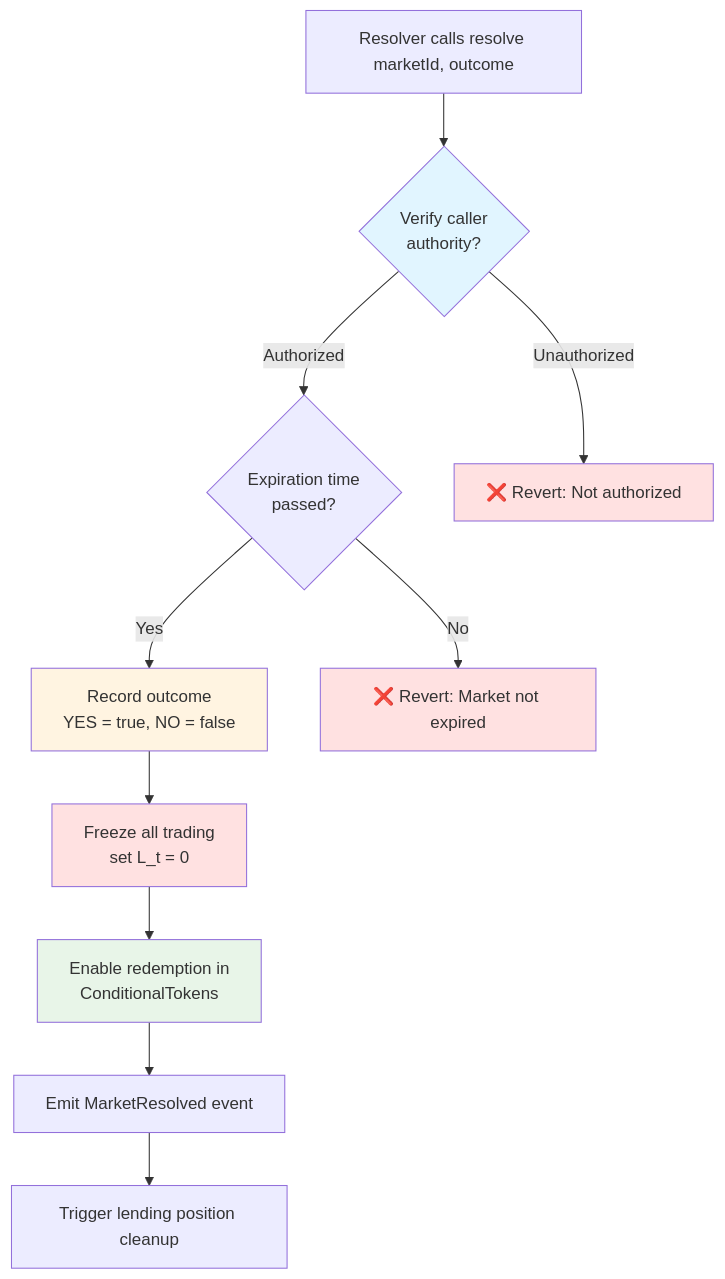
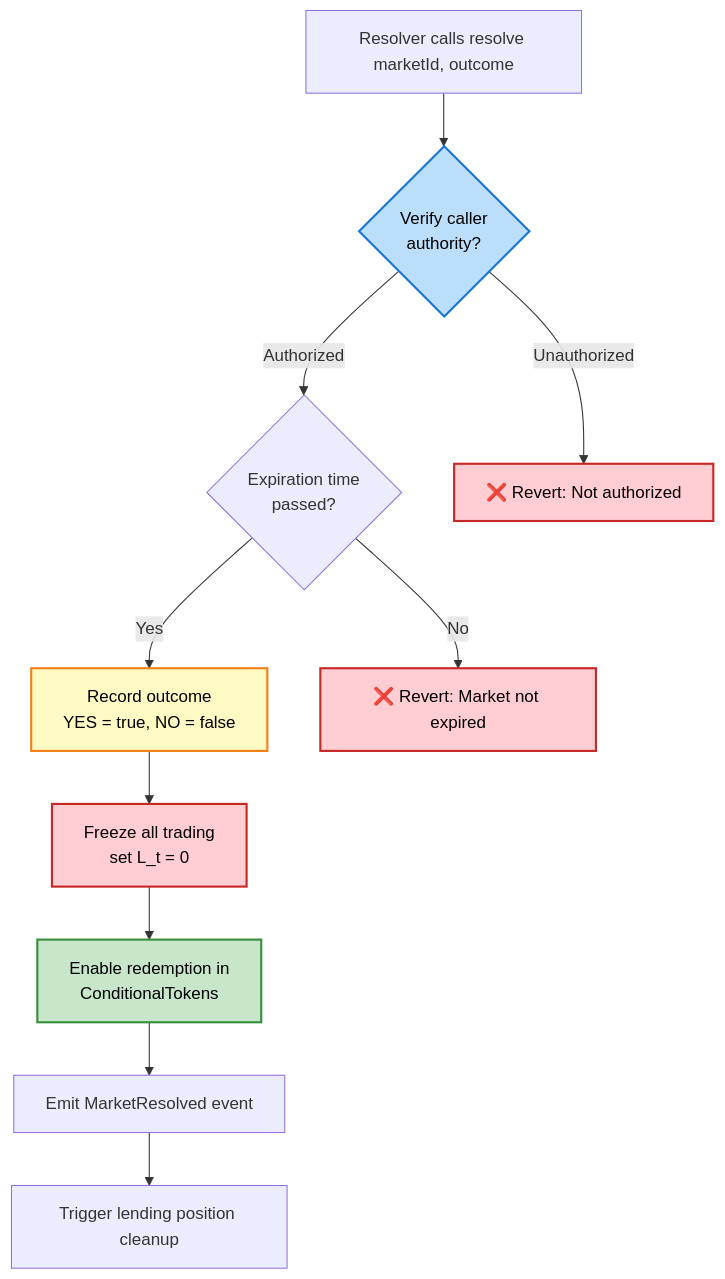
Before and after one commit to Sarnav07/omniverse: the fifth of 5 diagrams in README.md, drawn with Mermaid. The commit also changed other lines of this file, not shown here.

First line of the commit message:
docs: improve Mermaid diagram contrast with darker colors

````diff
--- a/README.md
+++ b/README.md
@@ -409,19 +409,19 @@
 ```mermaid
 flowchart TD
     A[Resolver calls resolve marketId, outcome] --> B{Verify caller<br/>authority?}
     B -->|Authorized| C{Expiration time<br/>passed?}
     B -->|Unauthorized| X[❌ Revert: Not authorized]
     C -->|Yes| D[Record outcome<br/>YES = true, NO = false]
     C -->|No| Y[❌ Revert: Market not expired]
     D --> E[Freeze all trading<br/>set L_t = 0]
     E --> F[Enable redemption in<br/>ConditionalTokens]
     F --> G[Emit MarketResolved event]
     G --> H[Trigger lending position cleanup]
     
-    style B fill:#e1f5ff
-    style D fill:#fff4e1
-    style E fill:#ffe1e1
-    style F fill:#e8f5e8
-    style X fill:#ffe1e1
-    style Y fill:#ffe1e1
+    style B fill:#bbdefb,stroke:#1976d2,stroke-width:2px,color:#000
+    style D fill:#fff9c4,stroke:#f57f17,stroke-width:2px,color:#000
+    style E fill:#ffcdd2,stroke:#c62828,stroke-width:2px,color:#000
+    style F fill:#c8e6c9,stroke:#388e3c,stroke-width:2px,color:#000
+    style X fill:#ffcdd2,stroke:#c62828,stroke-width:2px,color:#000
+    style Y fill:#ffcdd2,stroke:#c62828,stroke-width:2px,color:#000
 ```
````
